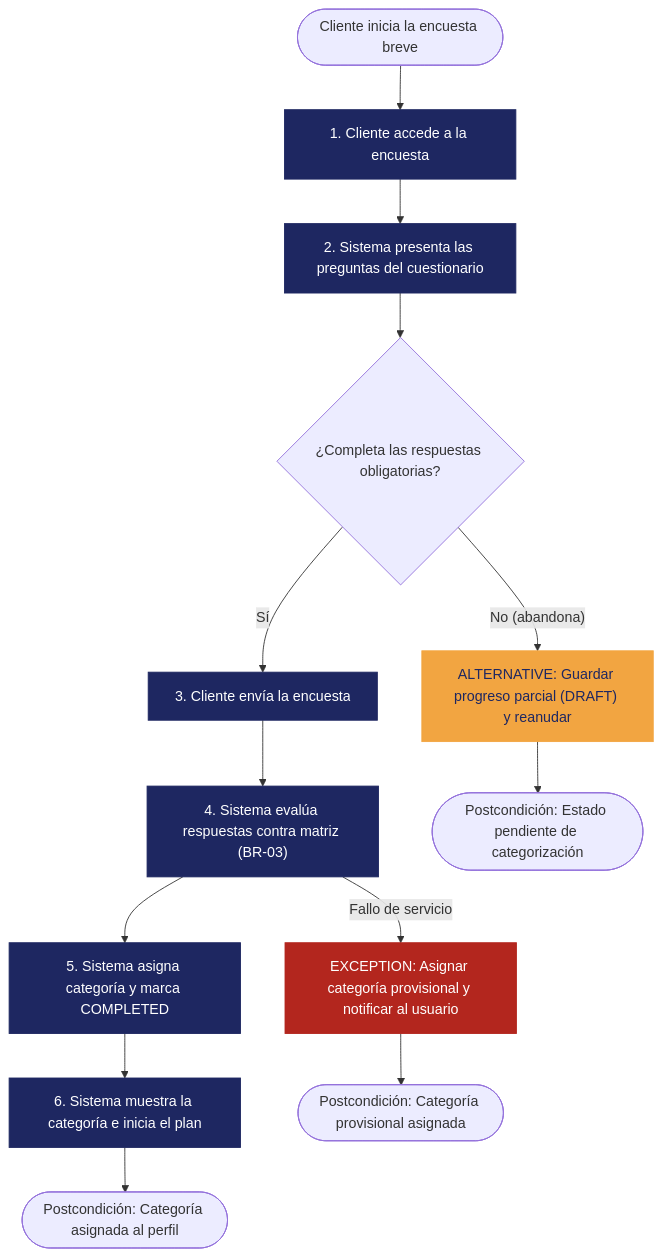
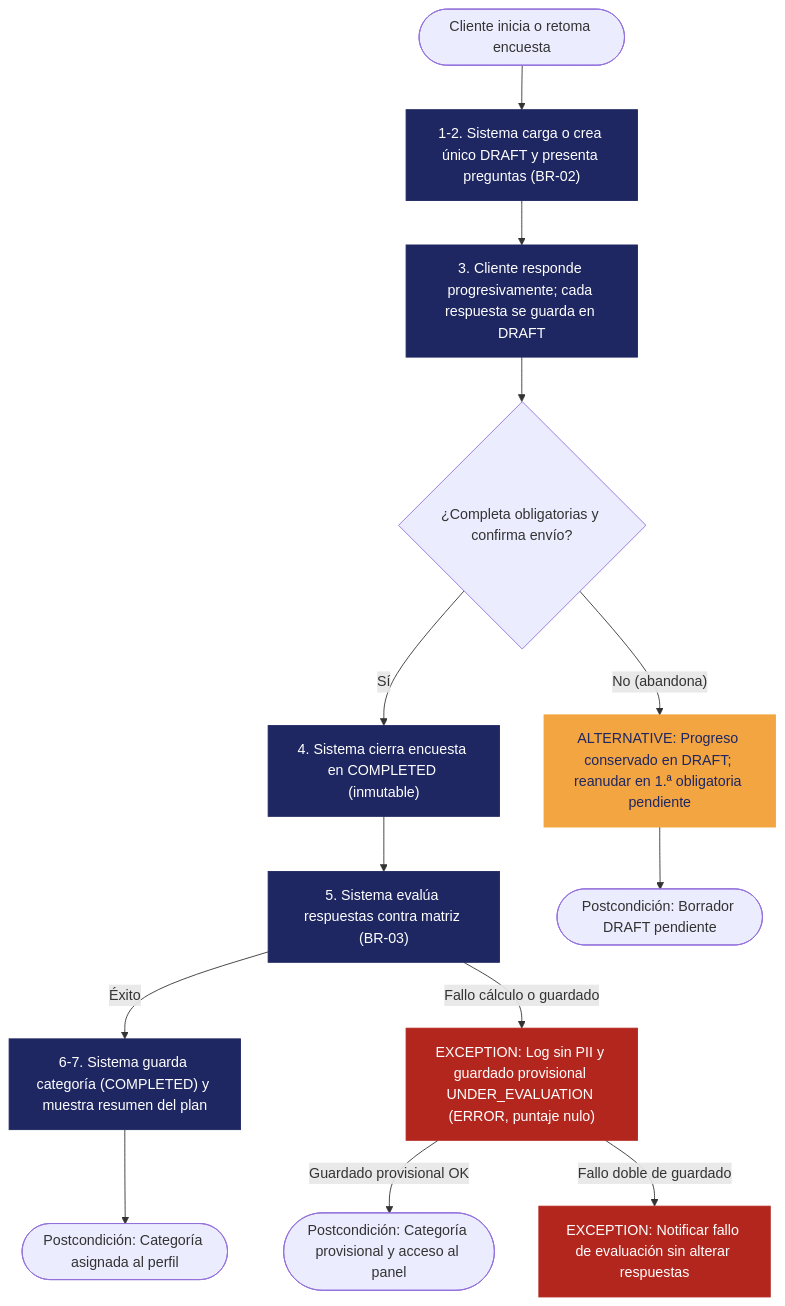
One commit to juacortesva/Grupo-5-Finanzas-Ingesoft_I_UN_2026-II changed the diagram in docs/req/REQ-01.md. Above: the diagram before and after it, drawn with Mermaid. The commit also changed other lines of this file and 1 other file, not shown here.

Commit message:
docs(req): align REQ-01 with Design 2 sequence flows and business rules

````diff
--- a/docs/req/REQ-01.md
+++ b/docs/req/REQ-01.md
@@ -143,25 +147,24 @@
 ```mermaid
 flowchart TD
-    A([Cliente inicia la encuesta breve]) --> B["1. Cliente accede a la encuesta"]
-    B --> C["2. Sistema presenta las preguntas del cuestionario"]
-    C --> D{"¿Completa las respuestas obligatorias?"}
-    D -- "Sí" --> G["3. Cliente envía la encuesta"]
-    G --> G2["4. Sistema evalúa respuestas contra matriz (BR-03)"]
-    G2 --> G3["5. Sistema asigna categoría y marca COMPLETED"]
-    G3 --> G4["6. Sistema muestra la categoría e inicia el plan"]
-    G4 --> H(["Postcondición: Categoría asignada al perfil"])
+    A([Cliente inicia o retoma encuesta]) --> B["1-2. Sistema carga o crea único DRAFT y presenta preguntas (BR-02)"]
+    B --> C["3. Cliente responde progresivamente; cada respuesta se guarda en DRAFT"]
+    C --> D{"¿Completa obligatorias y confirma envío?"}
+    D -- "Sí" --> G["4. Sistema cierra encuesta en COMPLETED (inmutable)"]
+    G --> G2["5. Sistema evalúa respuestas contra matriz (BR-03)"]
+    G2 -- "Éxito" --> G3["6-7. Sistema guarda categoría (COMPLETED) y muestra resumen del plan"]
+    G3 --> H(["Postcondición: Categoría asignada al perfil"])
 
-    D -- "No (abandona)" --> E["ALTERNATIVE: Guardar progreso parcial (DRAFT) y reanudar"]
-    E --> H2(["Postcondición: Estado pendiente de categorización"])
+    D -- "No (abandona)" --> E["ALTERNATIVE: Progreso conservado en DRAFT; reanudar en 1.ª obligatoria pendiente"]
+    E --> H2(["Postcondición: Borrador DRAFT pendiente"])
 
-    G2 -- "Fallo de servicio" --> F["EXCEPTION: Asignar categoría provisional y notificar al usuario"]
-    F --> H3(["Postcondición: Categoría provisional asignada"])
+    G2 -- "Fallo cálculo o guardado" --> F["EXCEPTION: Log sin PII y guardado provisional UNDER_EVALUATION (ERROR, puntaje nulo)"]
+    F -- "Guardado provisional OK" --> H3(["Postcondición: Categoría provisional y acceso al panel"])
+    F -- "Fallo doble de guardado" --> F2["EXCEPTION: Notificar fallo de evaluación sin alterar respuestas"]
 
     classDef mainflow fill:#1E2761,color:#ffffff,stroke:#1E2761;
     classDef alt fill:#F2A541,color:#1E2761,stroke:#F2A541;
     classDef exception fill:#B3261E,color:#ffffff,stroke:#B3261E;
-    class B,C,G,G2,G3,G4 mainflow;
+    class B,C,G,G2,G3 mainflow;
     class E alt;
-    class F exception;
-
+    class F,F2 exception;
 ```
````
